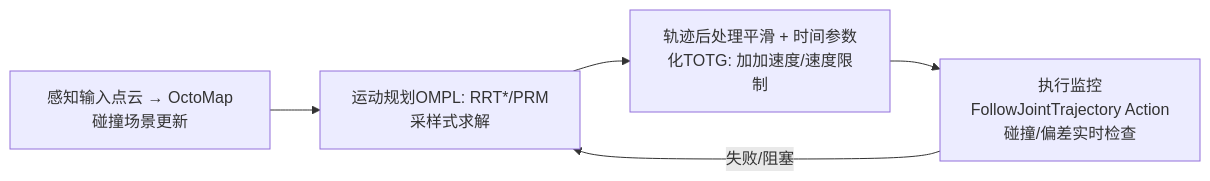
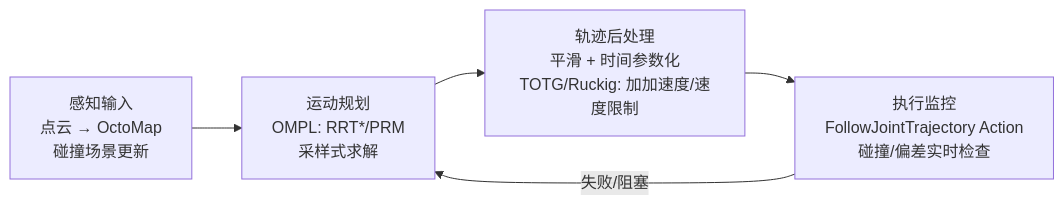
The fifth of 6 diagrams in robot/general/deployment.md (ranpin/edge-ai-docs), drawn with Mermaid before and after one commit. The commit also changed other lines of this file and 4 other files, not shown here.

````diff
--- a/robot/general/deployment.md
+++ b/robot/general/deployment.md
@@ -259,7 +325,7 @@
 ```mermaid
 graph LR
-    A["感知输入点云 → OctoMap碰撞场景更新"] --> B["运动规划OMPL: RRT*/PRM采样式求解"]
-    B --> C["轨迹后处理平滑 + 时间参数化TOTG: 加加速度/速度限制"]
-    C --> D["执行监控FollowJointTrajectory Action碰撞/偏差实时检查"]
+    A["感知输入<br/>点云 → OctoMap<br/>碰撞场景更新"] --> B["运动规划<br/>OMPL: RRT*/PRM<br/>采样式求解"]
+    B --> C["轨迹后处理<br/>平滑 + 时间参数化<br/>TOTG/Ruckig: 加加速度/速度限制"]
+    C --> D["执行监控<br/>FollowJointTrajectory Action<br/>碰撞/偏差实时检查"]
     D -->|"失败/阻塞"| B
 ```
````
